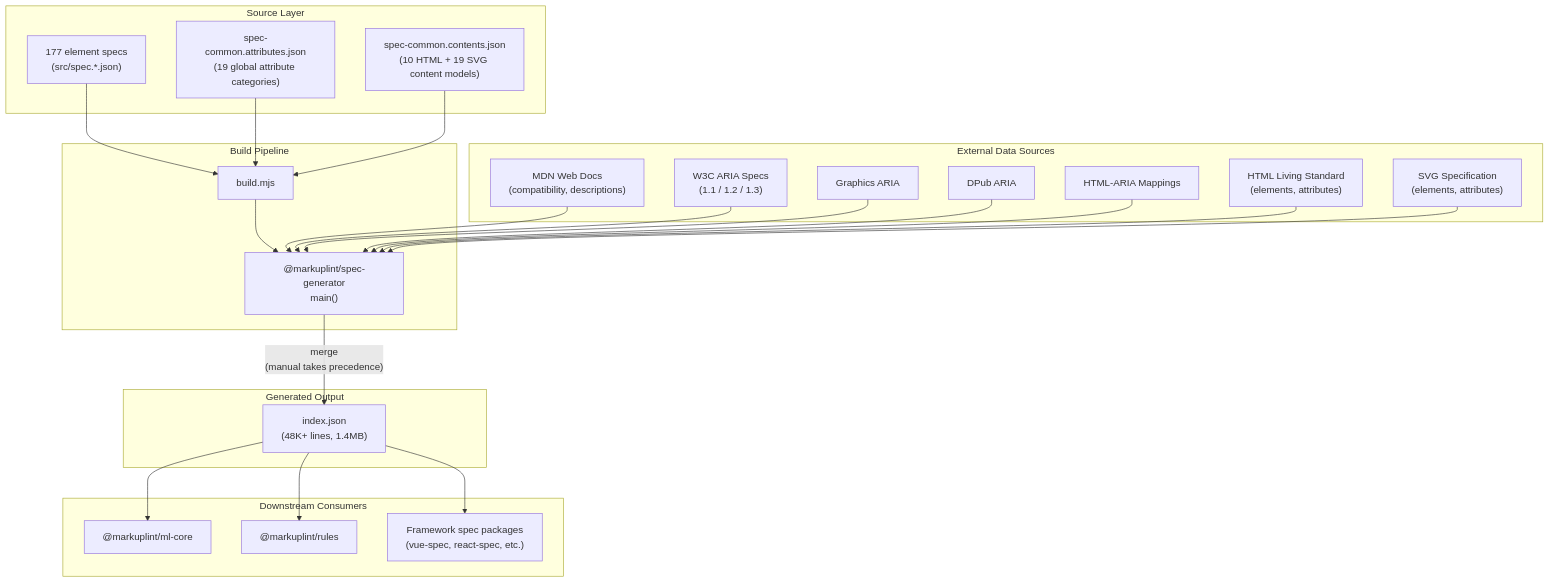
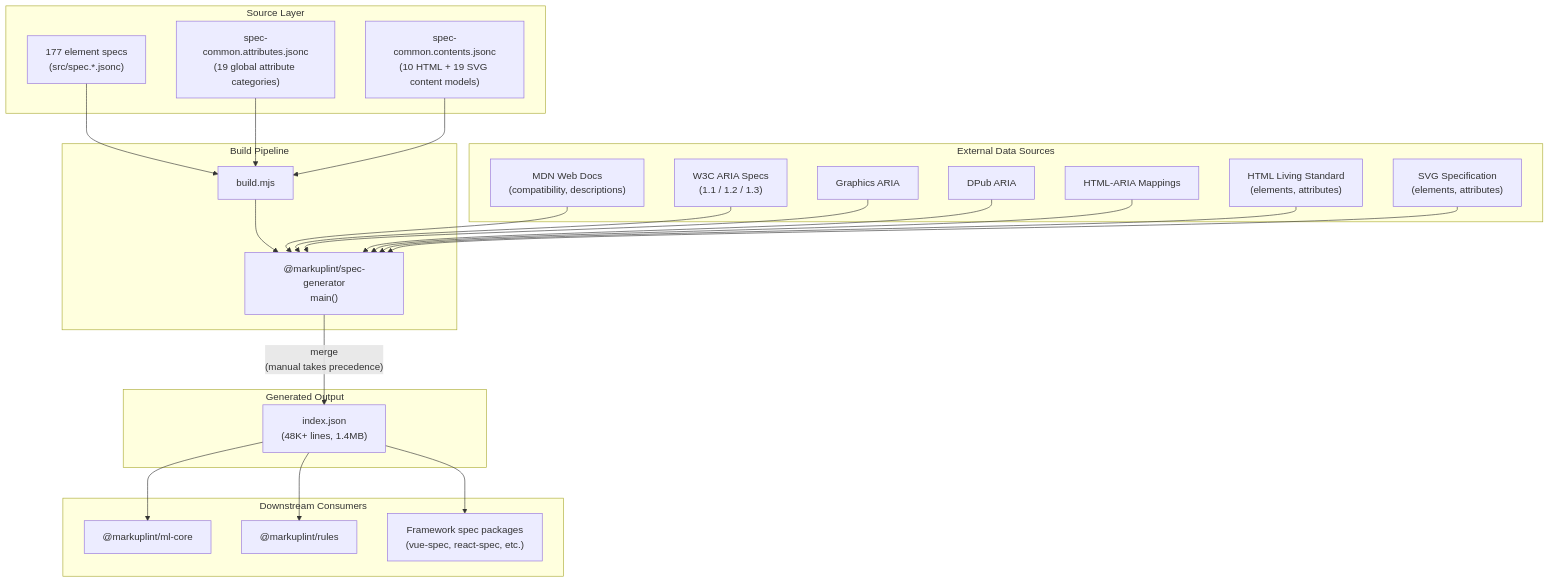
The first of 2 diagrams in packages/@markuplint/html-spec/ARCHITECTURE.md (markuplint/markuplint), drawn with Mermaid before and after one commit. The commit also changed other lines of this file and 190 other files, not shown here.

First line of the commit message:
refactor(html-spec): rename spec source files from .json to .jsonc

````diff
--- a/packages/@markuplint/html-spec/ARCHITECTURE.md
+++ b/packages/@markuplint/html-spec/ARCHITECTURE.md
@@ -30,52 +30,52 @@
 ```mermaid
 flowchart TD
     subgraph sources ["Source Layer"]
-        elemSpecs["177 element specs\n(src/spec.*.json)"]
-        commonAttrs["spec-common.attributes.json\n(19 global attribute categories)"]
-        commonContents["spec-common.contents.json\n(10 HTML + 19 SVG content models)"]
+        elemSpecs["177 element specs\n(src/spec.*.jsonc)"]
+        commonAttrs["spec-common.attributes.jsonc\n(19 global attribute categories)"]
+        commonContents["spec-common.contents.jsonc\n(10 HTML + 19 SVG content models)"]
     end
 
     subgraph build ["Build Pipeline"]
         buildScript["build.mjs"]
         specGen["@markuplint/spec-generator\nmain()"]
     end
 
     subgraph external ["External Data Sources"]
         mdn["MDN Web Docs\n(compatibility, descriptions)"]
         aria["W3C ARIA Specs\n(1.1 / 1.2 / 1.3)"]
         graphicsAria["Graphics ARIA"]
         dpubAria["DPub ARIA"]
         htmlAria["HTML-ARIA Mappings"]
         htmlLS["HTML Living Standard\n(elements, attributes)"]
         svg["SVG Specification\n(elements, attributes)"]
     end
 
     subgraph output ["Generated Output"]
         indexJson["index.json\n(48K+ lines, 1.4MB)"]
     end
 
     subgraph consumers ["Downstream Consumers"]
         mlCore["@markuplint/ml-core"]
         rules["@markuplint/rules"]
         fwSpecs["Framework spec packages\n(vue-spec, react-spec, etc.)"]
     end
 
     elemSpecs --> buildScript
     commonAttrs --> buildScript
     commonContents --> buildScript
     buildScript --> specGen
 
     mdn --> specGen
     aria --> specGen
     graphicsAria --> specGen
     dpubAria --> specGen
     htmlAria --> specGen
     htmlLS --> specGen
     svg --> specGen
 
     specGen -->|"merge\n(manual takes precedence)"| indexJson
 
     indexJson --> mlCore
     indexJson --> rules
     indexJson --> fwSpecs
 ```
````
